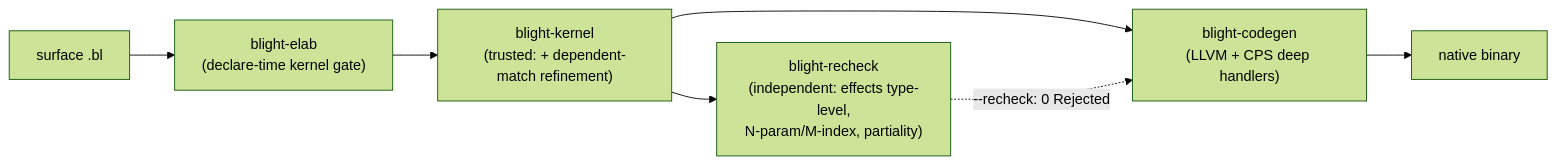
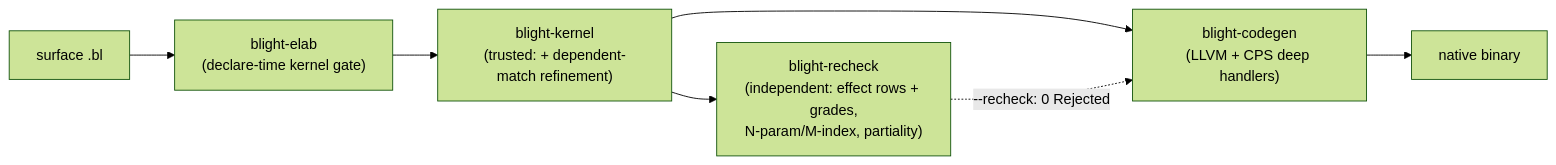
The diagram in docs/roadmap-post-m6.md (sjqtentacles/blight), drawn with Mermaid (forest theme) before and after one commit. The commit also changed other lines of this file and 1534 other files, not shown here.

````diff
--- a/docs/roadmap-post-m6.md
+++ b/docs/roadmap-post-m6.md
@@ -13,9 +18,9 @@
 ```mermaid
 flowchart LR
   surf["surface .bl"] --> elab["blight-elab\n(declare-time kernel gate)"]
   elab --> kernel["blight-kernel\n(trusted: + dependent-match refinement)"]
-  kernel --> recheck["blight-recheck\n(independent: effects type-level,\nN-param/M-index, partiality)"]
+  kernel --> recheck["blight-recheck\n(independent: effect rows + grades,\nN-param/M-index, partiality)"]
   kernel --> codegen["blight-codegen\n(LLVM + CPS deep handlers)"]
   recheck -.->|--recheck: 0 Rejected| codegen
   codegen --> bin["native binary"]
 ```
````
